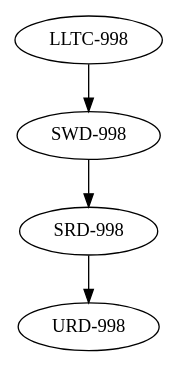
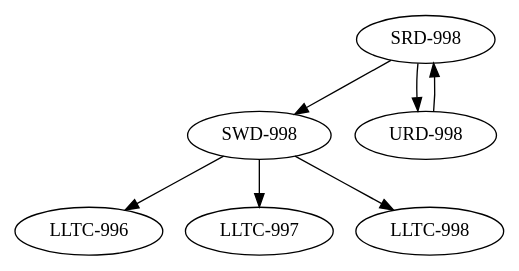
The diagram in .dotstop.dot (Zahhask45/Team04_DrivaPi), drawn with Graphviz before and after one commit. The commit also changed 2 other files, not shown here.

Commit message:
feat(reqs): Add LLTC-996 and LLTC-997 requirement documents

```diff
--- a/.dotstop.dot
+++ b/.dotstop.dot
@@ -1,12 +1,17 @@
 # This file is automatically generated by dotstop and should not be edited manually.
 # Generated using trustable 2025.9.16.
 
 digraph G {
 "SWD-998" [sha="e65e8aef8be799605889855b82c4d444d912b44304eec2856fe3f05ef7d065ab"];
+"LLTC-996" [sha="1f493800896bf64ebf3f1efbf3d72e14c4bf29e1880f6231d85e394dc02b7d4d"];
+"LLTC-997" [sha="85be7a4f44f41c12165636673b01269974d4b42bb17e3cd7a2e405ff8b1b7699"];
 "LLTC-998" [sha="dd99f4bee385a6d577319884ae758d3ec01fc93ccb5eef2d626af6e6821ac3a4"];
 "SRD-998" [sha="d7888f1a5837c430a76ad58463e2d2837c5f27bad251284be97bccaa9447fa8b"];
 "URD-998" [sha="984d531e3bfb9a8a07432a2f285113a2942f00c1abc463279050b5f1b9857396"];
-"SWD-998" -> "SRD-998" [sha="e7fbb0660062ae5128ee53581d39740e4ad9a506f41b512d594ff21f7a92e12c"];
-"LLTC-998" -> "SWD-998" [sha="088ce03db2f6d756737920e804b51a2a1666d8fcb42443f0f3c8aaec023db4cf"];
+"SWD-998" -> "LLTC-996" [sha="a3a6c6a1bdd4b224ad06be5c63c463d342e565fc579e5179c5f817028ad84f10"];
+"SWD-998" -> "LLTC-997" [sha="c5dd6476ea9f95d09373e590df31f5bb81f6e64e9afe9d218b553ef9ed145287"];
+"SWD-998" -> "LLTC-998" [sha="00f991916c4e03845b86e4313a44d814650cc11192ea2060916693a191736922"];
 "SRD-998" -> "URD-998" [sha="2af2b8da09e2e74f9bb765dd4f2e640a716001a99c7e65ecedf8118cb887a1bf"];
+"SRD-998" -> "SWD-998" [sha="41dda47dabb092a9408e366f58a7625849e73228544907e0aeddc686c5da5426"];
+"URD-998" -> "SRD-998" [sha="a3682ba110062b3e1f85a66c7326e14ffa5135bbad1f029df3053135a217d7e6"];
 }
```
